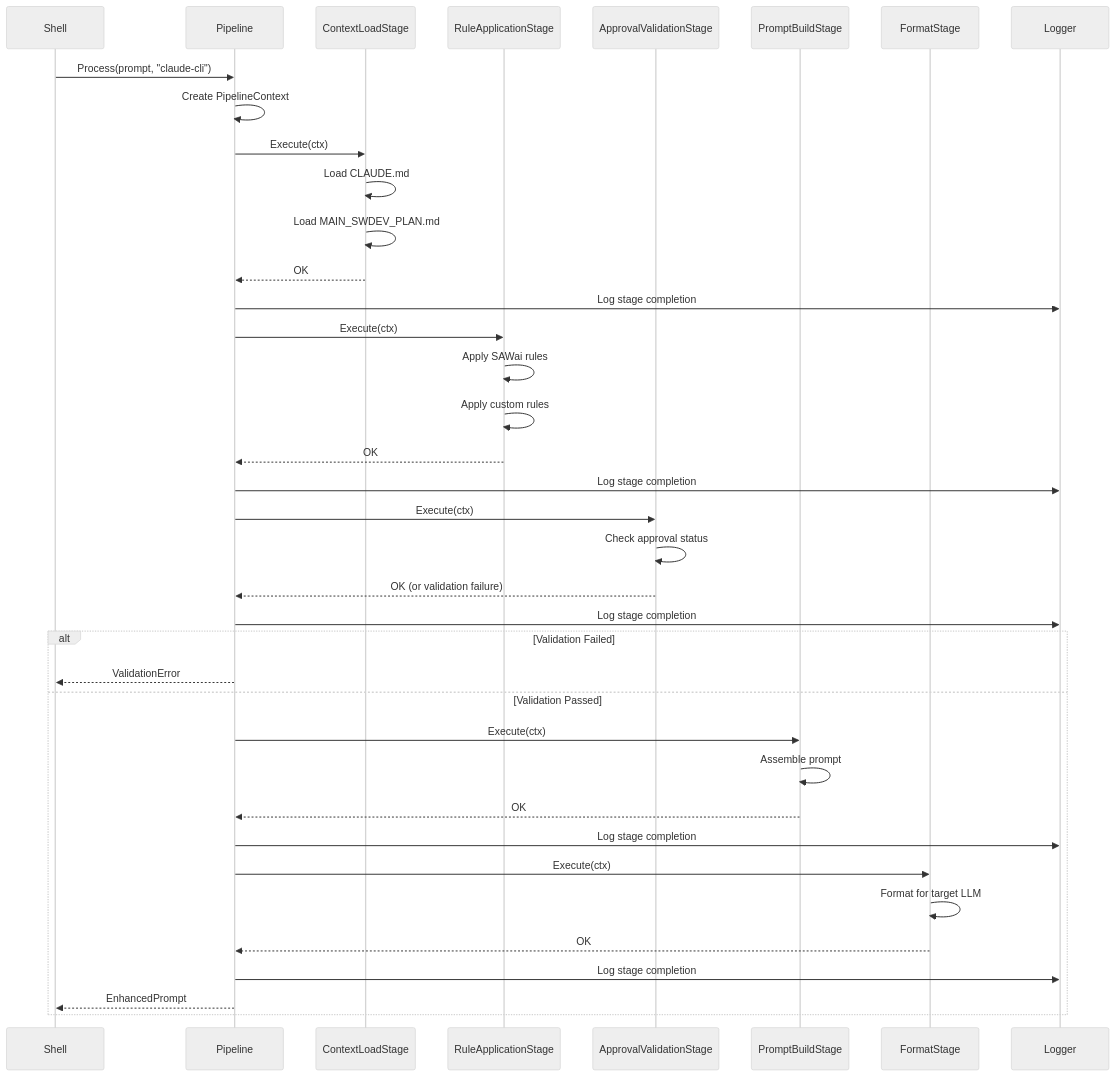
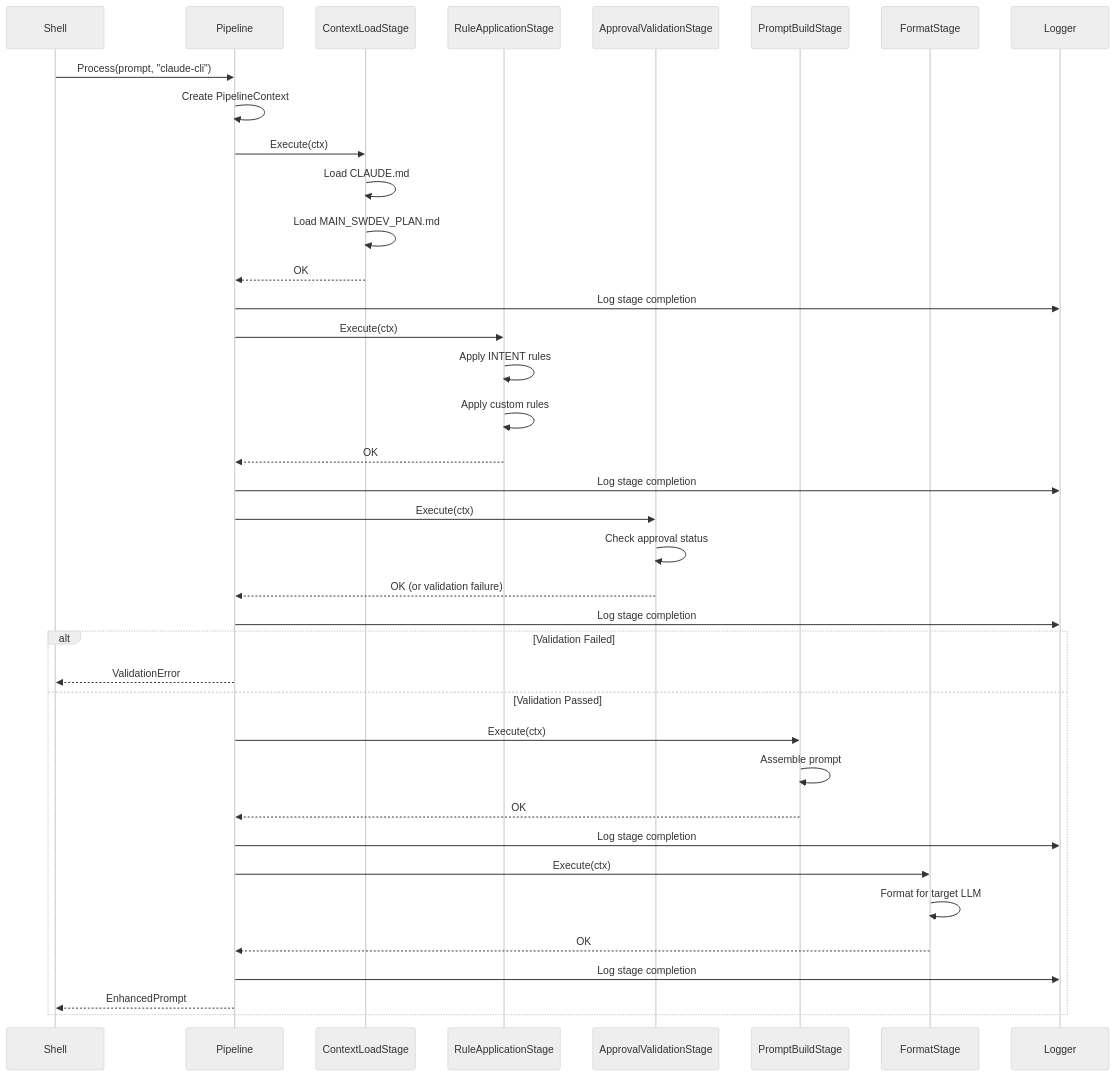
The second of 2 diagrams in specifications/ENB-759322.md (jareynolds/IntentR), drawn with Mermaid (neutral theme) before and after one commit. The commit also changed other lines of this file and 396 other files, not shown here.

````diff
--- a/specifications/ENB-759322.md
+++ b/specifications/ENB-759322.md
@@ -321,47 +321,47 @@
 ```mermaid
 sequenceDiagram
     participant Shell
     participant Pipeline
     participant Context as ContextLoadStage
     participant Rules as RuleApplicationStage
     participant Approval as ApprovalValidationStage
     participant Build as PromptBuildStage
     participant Format as FormatStage
     participant Logger
 
     Shell->>Pipeline: Process(prompt, "claude-cli")
     Pipeline->>Pipeline: Create PipelineContext
 
     Pipeline->>Context: Execute(ctx)
     Context->>Context: Load CLAUDE.md
     Context->>Context: Load MAIN_SWDEV_PLAN.md
     Context-->>Pipeline: OK
     Pipeline->>Logger: Log stage completion
 
     Pipeline->>Rules: Execute(ctx)
-    Rules->>Rules: Apply SAWai rules
+    Rules->>Rules: Apply INTENT rules
     Rules->>Rules: Apply custom rules
     Rules-->>Pipeline: OK
     Pipeline->>Logger: Log stage completion
 
     Pipeline->>Approval: Execute(ctx)
     Approval->>Approval: Check approval status
     Approval-->>Pipeline: OK (or validation failure)
     Pipeline->>Logger: Log stage completion
 
     alt Validation Failed
         Pipeline-->>Shell: ValidationError
     else Validation Passed
         Pipeline->>Build: Execute(ctx)
         Build->>Build: Assemble prompt
         Build-->>Pipeline: OK
         Pipeline->>Logger: Log stage completion
 
         Pipeline->>Format: Execute(ctx)
         Format->>Format: Format for target LLM
         Format-->>Pipeline: OK
         Pipeline->>Logger: Log stage completion
 
         Pipeline-->>Shell: EnhancedPrompt
     end
 ```
````
